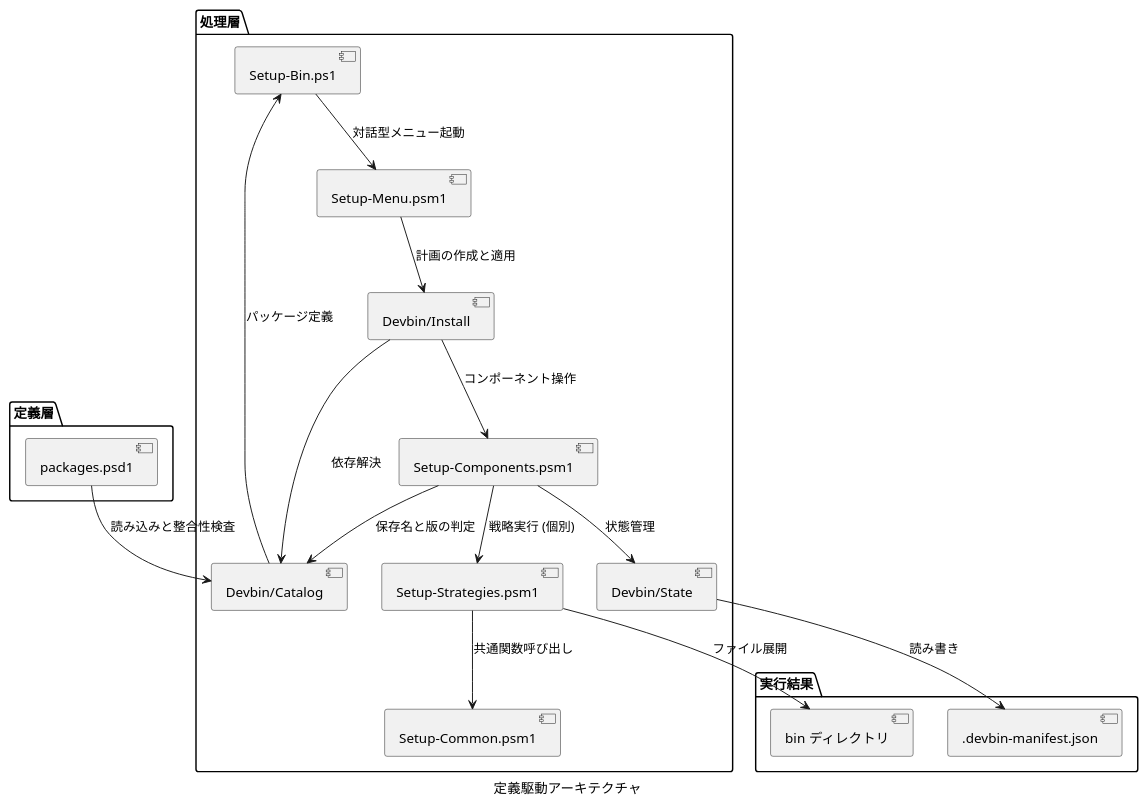
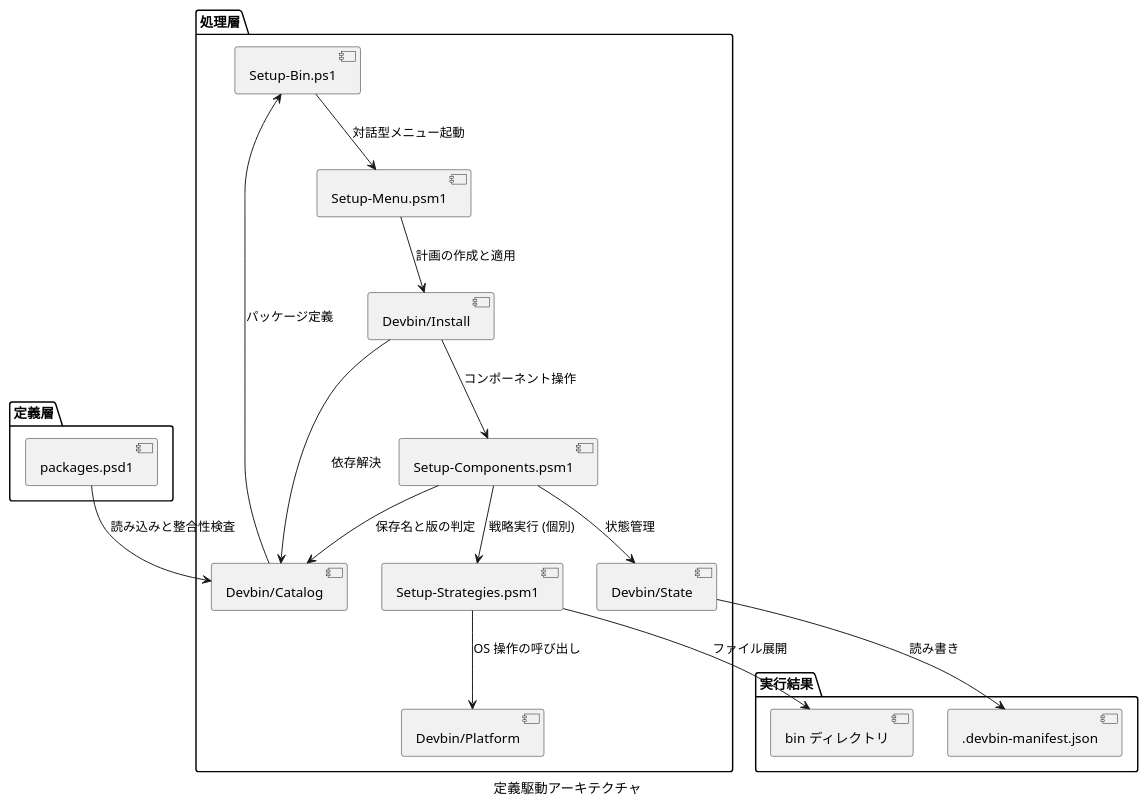
Before and after one commit to Hondarer/devbin-win: the first of 2 diagrams in docs/setup-bin-design.md, drawn with PlantUML. The commit also changed other lines of this file and 27 other files, not shown here.

First line of the commit message:
refactor: move OS operations into Devbin/Platform

````diff
--- a/docs/setup-bin-design.md
+++ b/docs/setup-bin-design.md
@@ -34,37 +36,37 @@
 ```plantuml
 @startuml 定義駆動アーキテクチャ
 caption 定義駆動アーキテクチャ
 package "定義層" {
   [packages.psd1] as config
 }
 
 package "処理層" {
   [Setup-Bin.ps1] as main
   [Setup-Strategies.psm1] as strategies
-  [Setup-Common.psm1] as common
+  [Devbin/Platform] as platform
   [Devbin/Catalog] as catalog
   [Devbin/State] as state
   [Devbin/Install] as plan
   [Setup-Components.psm1] as components
   [Setup-Menu.psm1] as menu
 }
 
 package "実行結果" {
   [bin ディレクトリ] as bin
   [.devbin-manifest.json] as mfile
 }
 
 config --> catalog : 読み込みと整合性検査
 catalog --> main : パッケージ定義
 main --> menu : 対話型メニュー起動
 menu --> plan : 計画の作成と適用
 plan --> components : コンポーネント操作
 plan --> catalog : 依存解決
 components --> catalog : 保存名と版の判定
 components --> strategies : 戦略実行 (個別)
 components --> state : 状態管理
-strategies --> common : 共通関数呼び出し
+strategies --> platform : OS 操作の呼び出し
 strategies --> bin : ファイル展開
 state --> mfile : 読み書き
 @enduml
 ```
````
